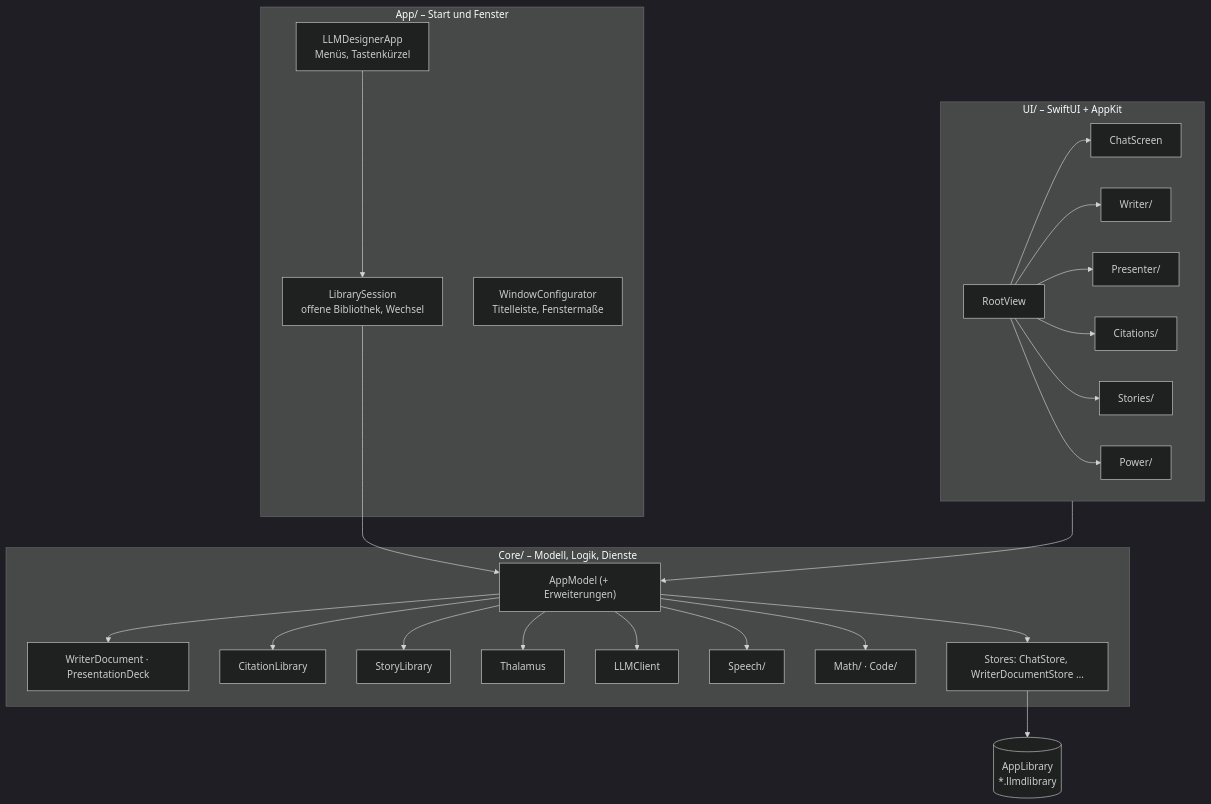
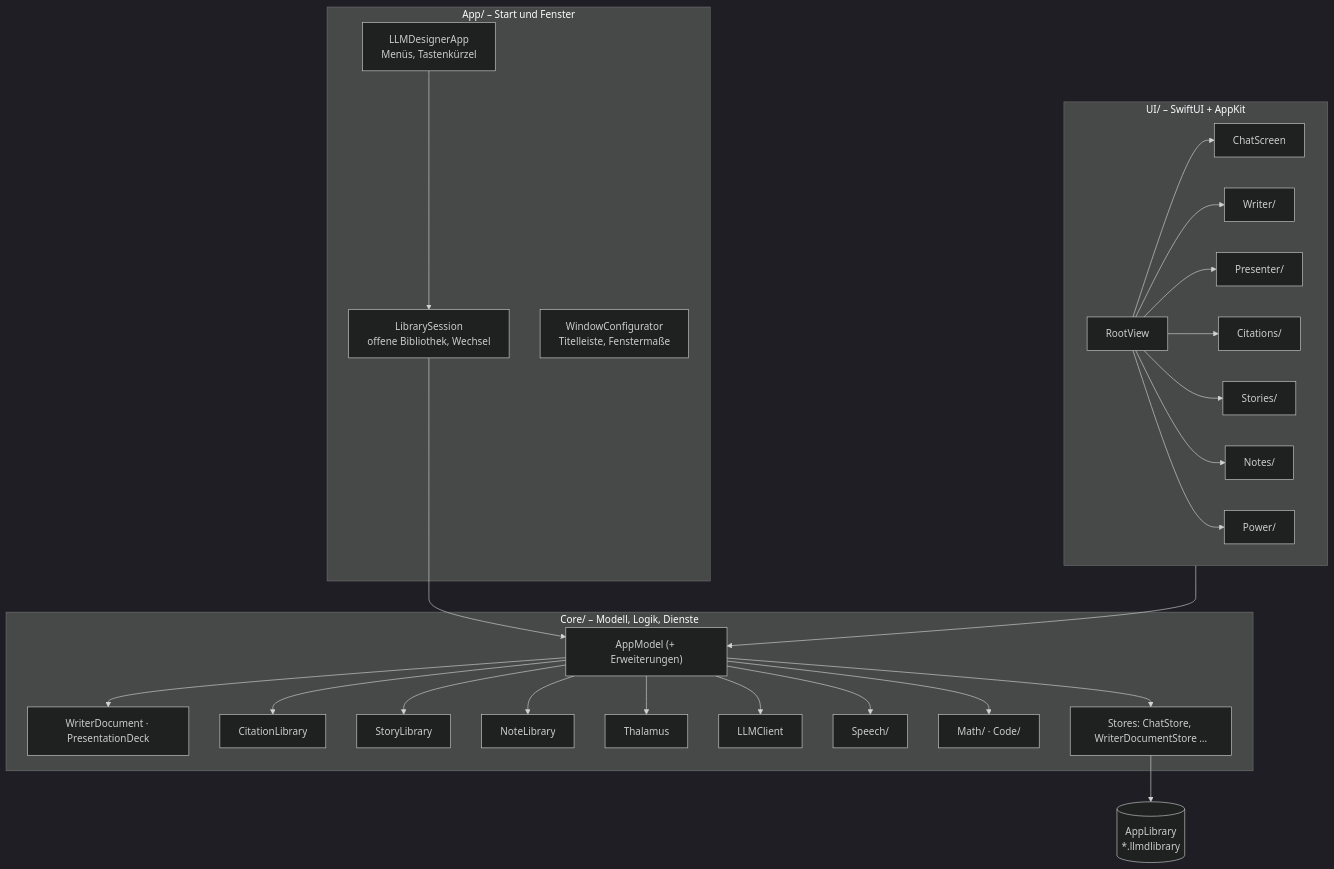
One commit to AlexEhrenberger/LLMDesigner changed the first of 7 diagrams in docs/architektur.md. Above: the diagram before and after it, drawn with Mermaid (dark theme). The commit also changed other lines of this file and 37 other files, not shown here.

````diff
--- a/docs/architektur.md
+++ b/docs/architektur.md
@@ -14,35 +14,37 @@
 ```mermaid
 flowchart TB
     subgraph App["App/ – Start und Fenster"]
         LA["LLMDesignerApp<br/>Menüs, Tastenkürzel"]
         LS["LibrarySession<br/>offene Bibliothek, Wechsel"]
         WC["WindowConfigurator<br/>Titelleiste, Fenstermaße"]
     end
     subgraph UI["UI/ – SwiftUI + AppKit"]
         RV["RootView"]
         CS["ChatScreen"]
         WS["Writer/"]
         PS["Presenter/"]
         CI["Citations/"]
         ST["Stories/"]
+        NO["Notes/"]
         PW["Power/"]
     end
     subgraph Core["Core/ – Modell, Logik, Dienste"]
         AM["AppModel (+ Erweiterungen)"]
         DOC["WriterDocument · PresentationDeck"]
         CL["CitationLibrary"]
         SL["StoryLibrary"]
+        NL["NoteLibrary"]
         TH["Thalamus"]
         LLM["LLMClient"]
         SP["Speech/"]
         MA["Math/ · Code/"]
         STO["Stores: ChatStore, WriterDocumentStore …"]
     end
     LIB[("AppLibrary<br/>*.llmdlibrary")]
     LA --> LS --> AM
-    RV --> CS & WS & PS & CI & ST & PW
+    RV --> CS & WS & PS & CI & ST & NO & PW
     UI --> AM
-    AM --> DOC & CL & SL & TH & LLM & SP & MA
+    AM --> DOC & CL & SL & NL & TH & LLM & SP & MA
     STO --> LIB
     AM --> STO
 ```
````
